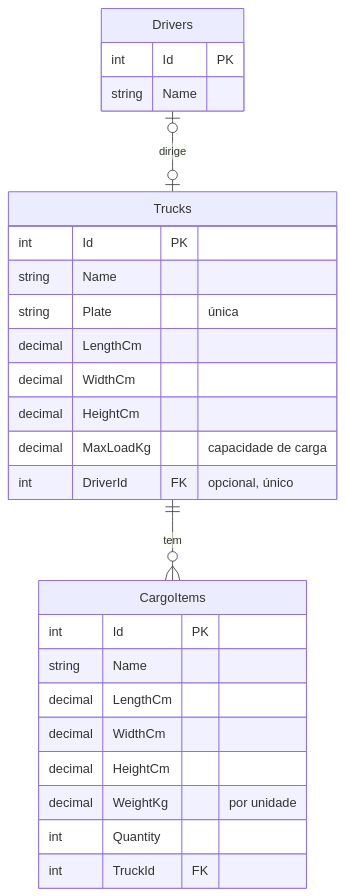
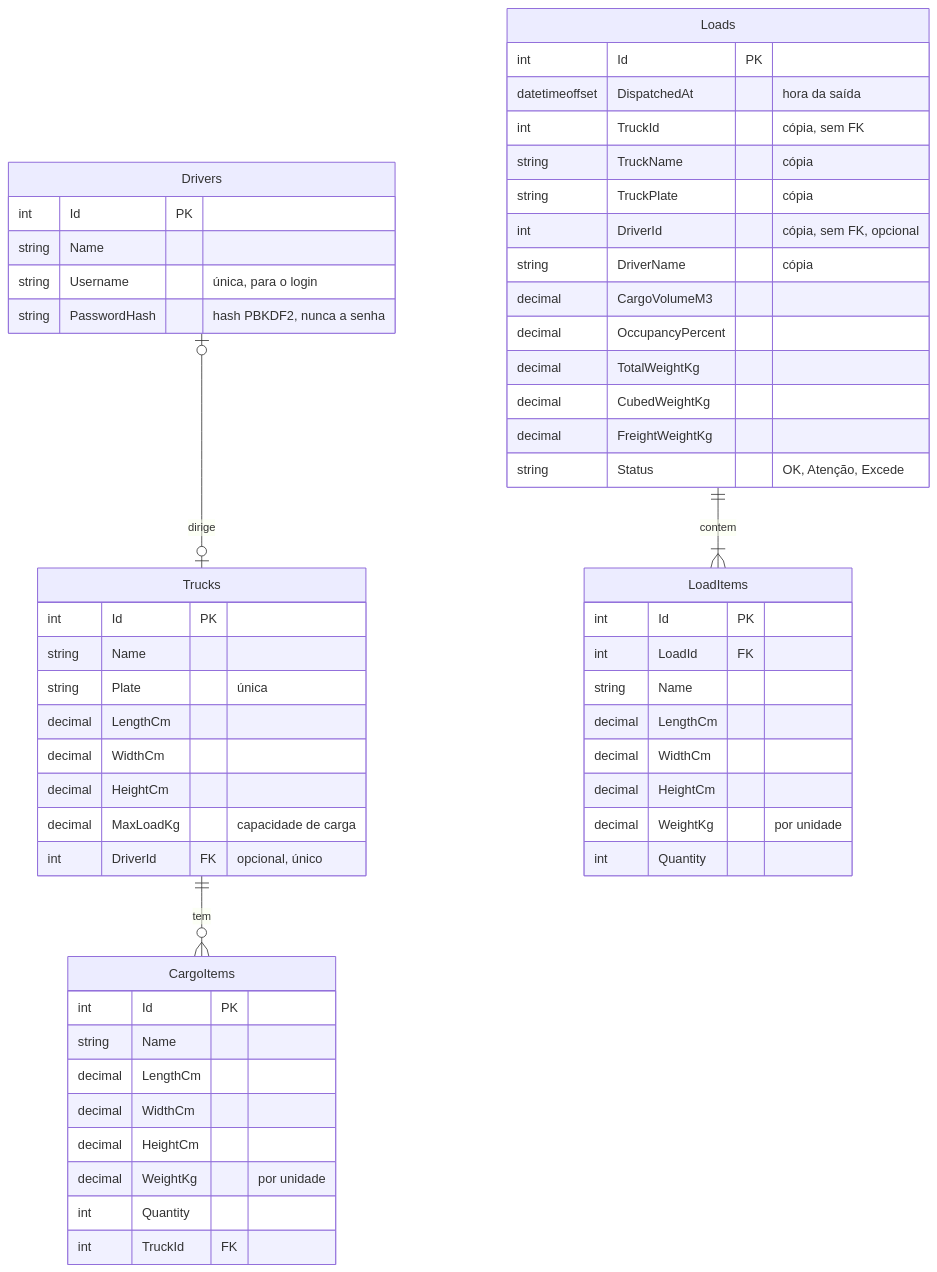
Before and after one commit to aeelmesq/pim-cubagem: the first of 2 diagrams in base-conhecimento/06-modelo-de-dados.md, drawn with Mermaid. The commit also changed other lines of this file and 35 other files, not shown here.

````diff
--- a/base-conhecimento/06-modelo-de-dados.md
+++ b/base-conhecimento/06-modelo-de-dados.md
@@ -7,29 +7,57 @@
 ```mermaid
 erDiagram
     Trucks ||--o{ CargoItems : tem
     Drivers |o--o| Trucks : dirige
+    Loads ||--|{ LoadItems : contem
+    Loads {
+        int Id PK
+        datetimeoffset DispatchedAt "hora da saída"
+        int TruckId "cópia, sem FK"
+        string TruckName "cópia"
+        string TruckPlate "cópia"
+        int DriverId "cópia, sem FK, opcional"
+        string DriverName "cópia"
+        decimal CargoVolumeM3
+        decimal OccupancyPercent
+        decimal TotalWeightKg
+        decimal CubedWeightKg
+        decimal FreightWeightKg
+        string Status "OK, Atenção, Excede"
+    }
+    LoadItems {
+        int Id PK
+        int LoadId FK
+        string Name
+        decimal LengthCm
+        decimal WidthCm
+        decimal HeightCm
+        decimal WeightKg "por unidade"
+        int Quantity
+    }
     Trucks {
         int Id PK
         string Name
         string Plate "única"
         decimal LengthCm
         decimal WidthCm
         decimal HeightCm
         decimal MaxLoadKg "capacidade de carga"
         int DriverId FK "opcional, único"
     }
     Drivers {
         int Id PK
         string Name
+        string Username "única, para o login"
+        string PasswordHash "hash PBKDF2, nunca a senha"
     }
     CargoItems {
         int Id PK
         string Name
         decimal LengthCm
         decimal WidthCm
         decimal HeightCm
         decimal WeightKg "por unidade"
         int Quantity
         int TruckId FK
     }
 ```
````
